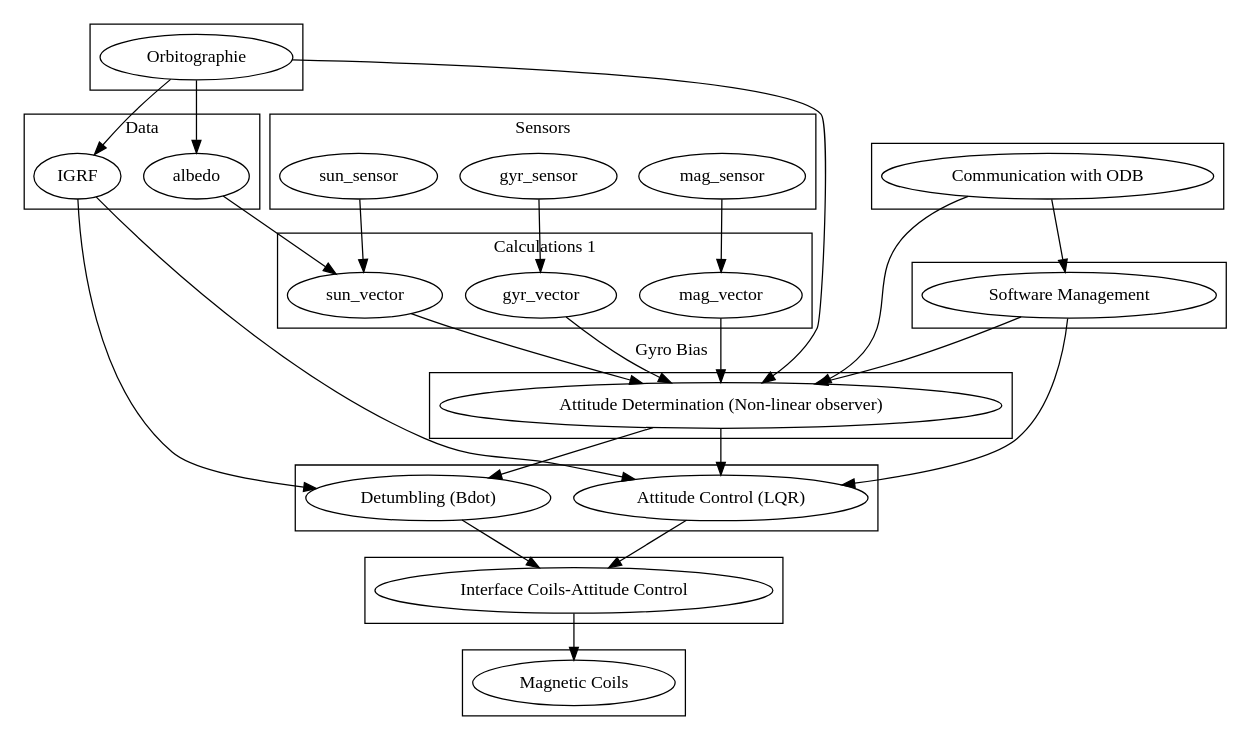
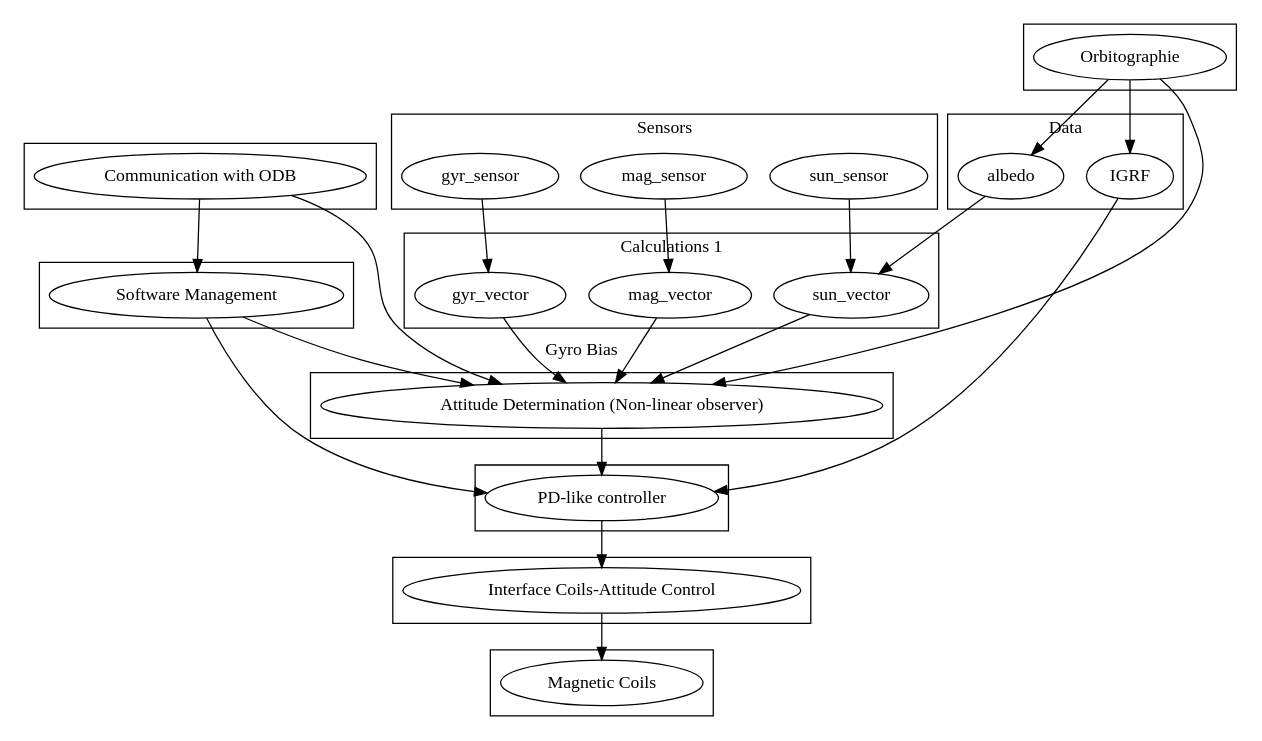
Before and after one commit to dhruvparamhans/CubeSat: the diagram in Architecture/Class Structure.dot, drawn with Graphviz. The commit also changed 1 other file, not shown here.

```diff
--- a/Architecture/Class Structure.dot
+++ b/Architecture/Class Structure.dot
@@ -1,104 +1,97 @@
 digraph class_structure{
 
 subgraph cluster_Communication{
 
 comm [label = "Communication with ODB"]; 
 }
 
 subgraph cluster_InterCoils{
 inter [label = "Interface Coils-Attitude Control"];
 }
 
 
 subgraph cluster_Orbitographie{
 
 orbito [label = "Orbitographie"];
 }
 
 
 subgraph cluster_softmana{
 
 soft_man [label = "Software Management"];
 }
 
 
 
 subgraph cluster_data{
 label = "Data";
 IGRF;
 albedo;
 }
 
 subgraph cluster_0{
 label= "Sensors";
 
 gyr_sensor; mag_sensor; sun_sensor; 
 }
 
 subgraph cluster_1{
 label = "Calculations 1";
 
 gyr_vector; mag_vector; sun_vector;
 }
 
 subgraph cluster_2{
 att_det [label ="Attitude Determination (Non-linear observer)"];
 }
 
 subgraph cluster_3{
-det [label = "Detumbling (Bdot)"];
-att_con [label = "Attitude Control (LQR)"];
+att_con [label = "PD-like controller"] 
 }
 
 subgraph cluster_4{
 
 mag_coils [label = "Magnetic Coils"];
 }
 
 
 sun_sensor -> sun_vector;
 
 
 albedo -> sun_vector; 
 
 gyr_sensor ->gyr_vector;
 
 mag_sensor -> mag_vector;
 
 mag_vector ->att_det; 
 
 sun_vector -> att_det;
 
 gyr_vector -> att_det [label = "Gyro Bias"];
 
 orbito -> att_det;
 
-att_det -> det;
-
 IGRF -> att_con;
 
 orbito -> IGRF;
 
 
 comm -> att_det;
 
 att_det -> att_con;
 
 comm -> soft_man;
 
 soft_man -> att_det;
 
 soft_man -> att_con;
 
 orbito -> albedo;
 
-IGRF-> det
-
 att_con -> inter;
-
-det -> inter; 
 
 inter -> mag_coils;
 
 
 }
```
